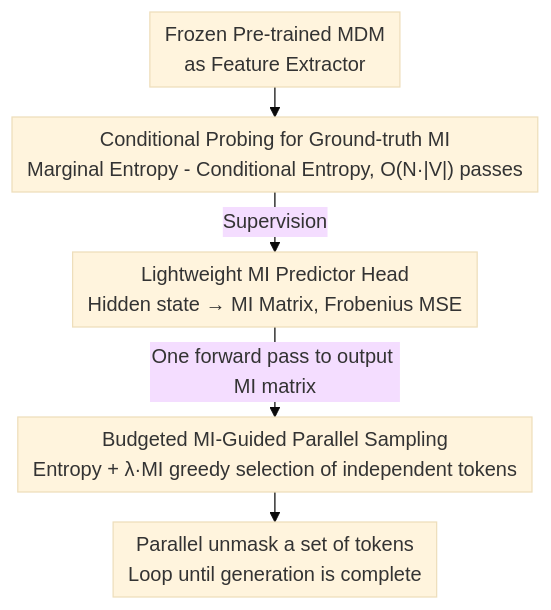
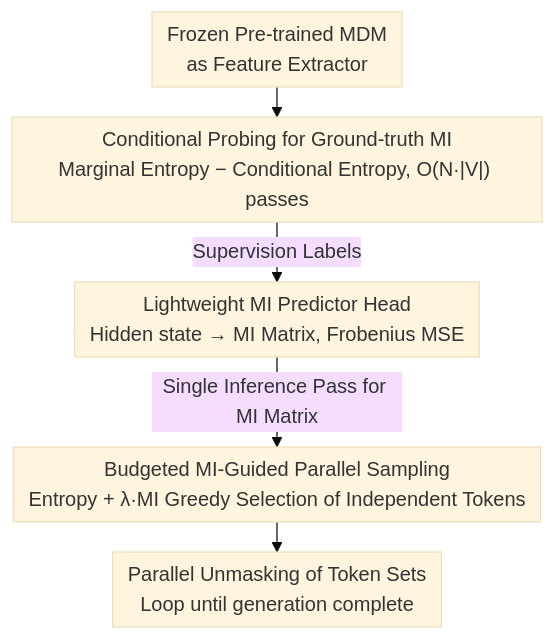
The diagram in docs/ICML2026/computational_biology/neural_estimation_of_pairwise_mutual_information_in_masked_discrete_sequence_mod.md (zhaoyang97/Paper-Notes-en), drawn with Mermaid (base theme) before and after one commit. The commit also changed other lines of this file and 5084 other files, not shown here.

````diff
--- a/docs/ICML2026/computational_biology/neural_estimation_of_pairwise_mutual_information_in_masked_discrete_sequence_mod.md
+++ b/docs/ICML2026/computational_biology/neural_estimation_of_pairwise_mutual_information_in_masked_discrete_sequence_mod.md
@@ -43,8 +43,8 @@
 ```mermaid
 %%{init: {'flowchart': {'rankSpacing': 24, 'nodeSpacing': 28, 'padding': 6, 'wrappingWidth': 400}}}%%
 flowchart TD
-    A["Frozen Pre-trained MDM<br/>as Feature Extractor"] --> B["Conditional Probing for Ground-truth MI<br/>Marginal Entropy - Conditional Entropy, O(N·|V|) passes"]
-    B -->|Supervision| C["Lightweight MI Predictor Head<br/>Hidden state → MI Matrix, Frobenius MSE"]
-    C -->|One forward pass to output MI matrix| D["Budgeted MI-Guided Parallel Sampling<br/>Entropy + λ·MI greedy selection of independent tokens"]
-    D --> E["Parallel unmask a set of tokens<br/>Loop until generation is complete"]
+    A["Frozen Pre-trained MDM<br/>as Feature Extractor"] --> B["Conditional Probing for Ground-truth MI<br/>Marginal Entropy − Conditional Entropy, O(N·|V|) passes"]
+    B -->|Supervision Labels| C["Lightweight MI Predictor Head<br/>Hidden state → MI Matrix, Frobenius MSE"]
+    C -->|Single Inference Pass for MI Matrix| D["Budgeted MI-Guided Parallel Sampling<br/>Entropy + λ·MI Greedy Selection of Independent Tokens"]
+    D --> E["Parallel Unmasking of Token Sets<br/>Loop until generation complete"]
 ```
````
